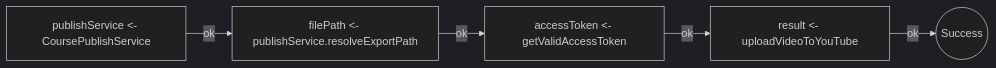
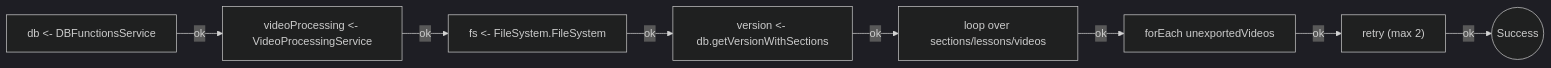
One commit to jagreehal/effect-analyzer changed the third of 3 diagrams in apps/docs/src/content/docs/case-studies/course-video-manager.mdx. Above: the diagram before and after it, drawn with Mermaid (dark theme). The commit also changed other lines of this file and 5 other files, not shown here.

````diff
--- a/apps/docs/src/content/docs/case-studies/course-video-manager.mdx
+++ b/apps/docs/src/content/docs/case-studies/course-video-manager.mdx
@@ -98,7 +194,10 @@
 ```mermaid
 flowchart LR
-  A[publishService <- CoursePublishService] -->|ok| B[filePath <- publishService.resolveExportPath]
-  B -->|ok| C[accessToken <- getValidAccessToken]
-  C -->|ok| D[result <- uploadVideoToYouTube]
-  D -->|ok| Done((Success))
+  A[db <- DBFunctionsService] -->|ok| B[videoProcessing <- VideoProcessingService]
+  B -->|ok| C[fs <- FileSystem.FileSystem]
+  C -->|ok| D[version <- db.getVersionWithSections]
+  D -->|ok| E[loop over sections/lessons/videos]
+  E -->|ok| F[forEach unexportedVideos]
+  F -->|ok| G["retry (max 2)"]
+  G -->|ok| Done((Success))
 ```
````
